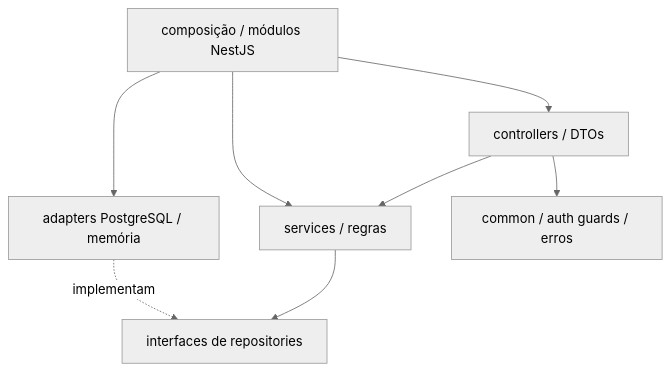
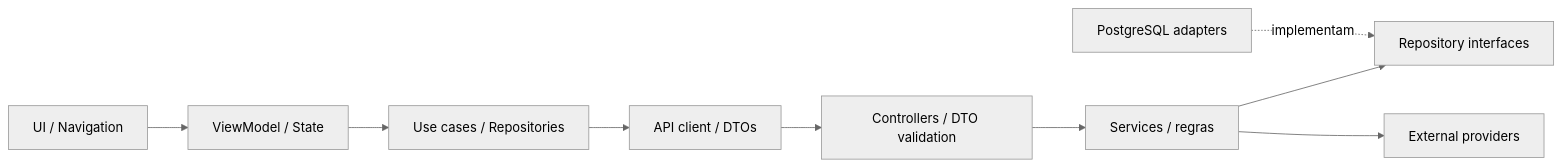
The diagram in docs/06-arquitetura/diagrama-pacotes.md (GabrielBuck/Lab-engenharia-de-software), drawn with Mermaid (neutral theme) before and after one commit. The commit also changed other lines of this file and 22 other files, not shown here.

Commit message:
docs(architecture): sync current BookLog state

````diff
--- a/docs/06-arquitetura/diagrama-pacotes.md
+++ b/docs/06-arquitetura/diagrama-pacotes.md
@@ -4,10 +4,11 @@
 ```mermaid
-flowchart TD
-  API["controllers / DTOs"] --> Services["services / regras"]
-  Services --> Contracts["interfaces de repositories"]
-  Adapters["adapters PostgreSQL / memória"] -.->|implementam| Contracts
-  Root["composição / módulos NestJS"] --> API
-  Root --> Services
-  Root --> Adapters
-  API --> Common["common / auth guards / erros"]
+flowchart LR
+  UI["UI / Navigation"] --> State["ViewModel / State"]
+  State --> ClientRepos["Use cases / Repositories"]
+  ClientRepos --> Client["API client / DTOs"]
+  Client --> API["Controllers / DTO validation"]
+  API --> Services["Services / regras"]
+  Services --> Contracts["Repository interfaces"]
+  Adapters["PostgreSQL adapters"] -.->|implementam| Contracts
+  Services --> Providers["External providers"]
 ```
````
